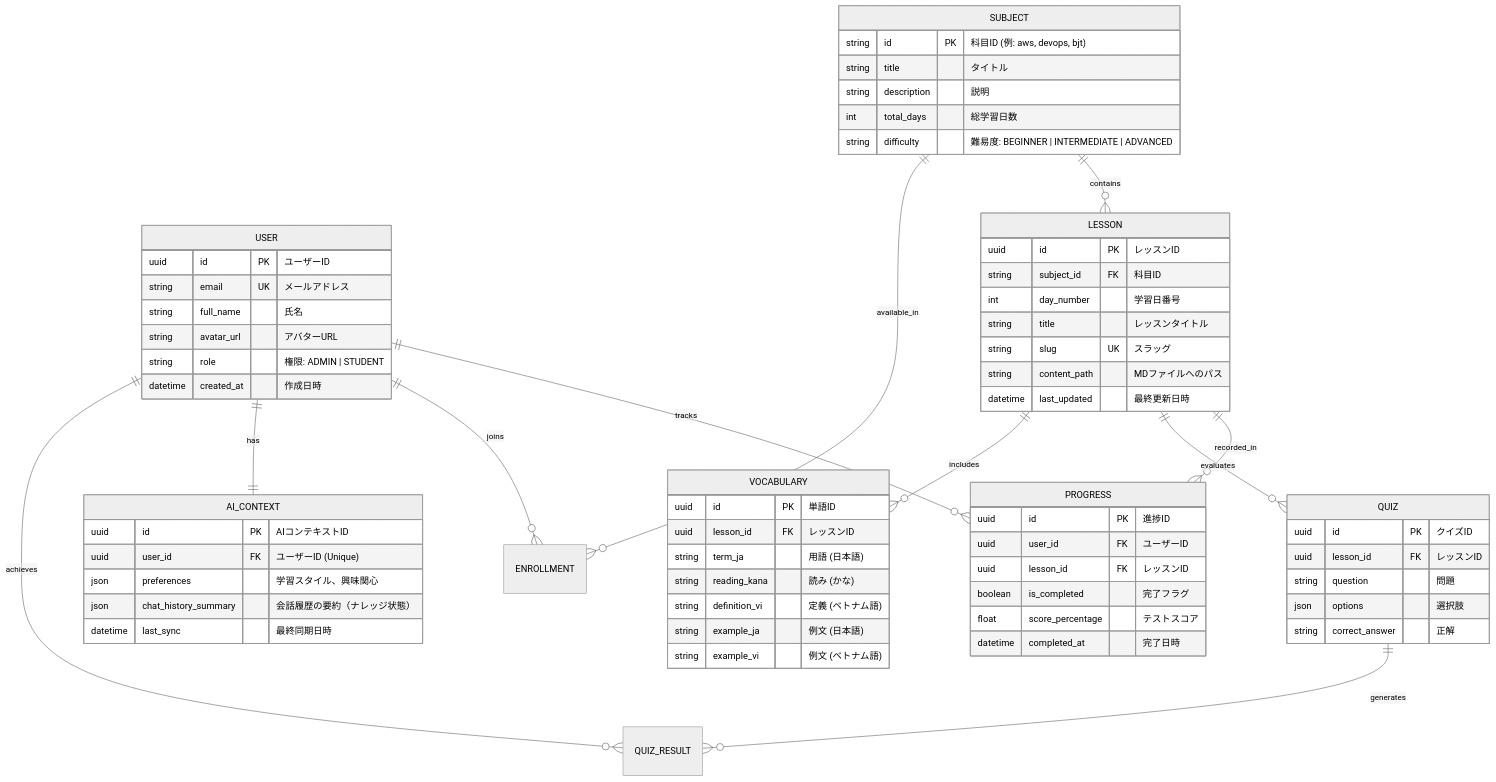
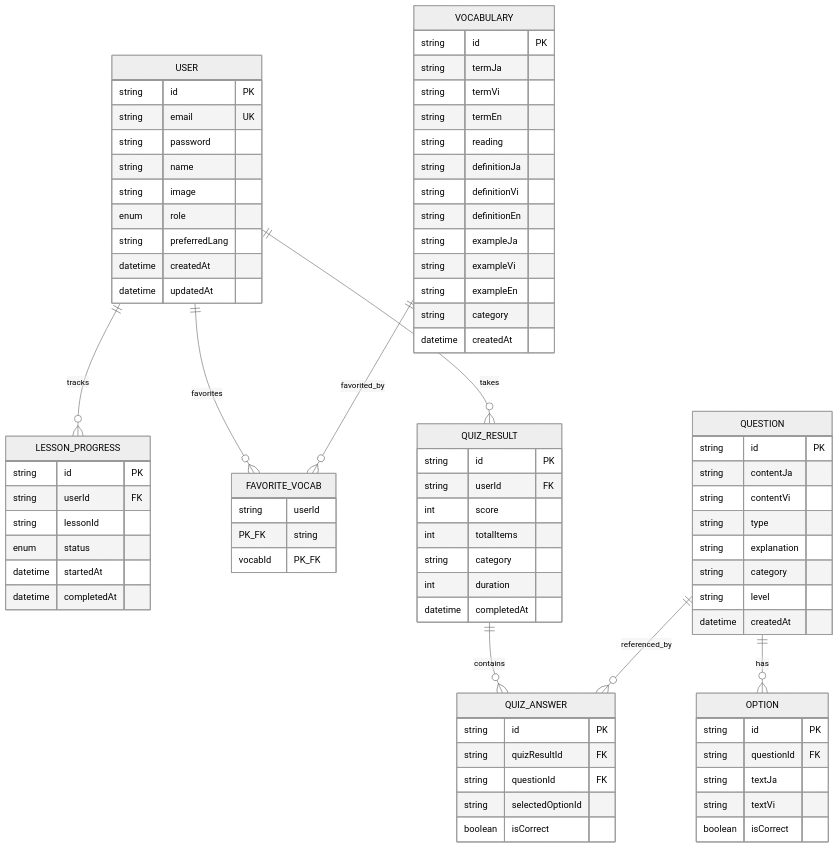
The diagram in docs/design/DATABASE_SCHEMA.md (bakaryuu1997-sys/Sensei-Hub), drawn with Mermaid (neutral theme) before and after one commit. The commit also changed other lines of this file and 54 other files, not shown here.

````diff
--- a/docs/design/DATABASE_SCHEMA.md
+++ b/docs/design/DATABASE_SCHEMA.md
@@ -7,78 +12,89 @@
 ```mermaid
 erDiagram
-    USER ||--o{ PROGRESS : tracks
-    USER ||--o{ ENROLLMENT : joins
-    USER ||--|| AI_CONTEXT : has
-    
-    SUBJECT ||--o{ LESSON : contains
-    SUBJECT ||--o{ ENROLLMENT : available_in
-    
-    LESSON ||--o{ PROGRESS : recorded_in
-    LESSON ||--o{ QUIZ : evaluates
-    LESSON ||--o{ VOCABULARY : includes
-    
-    QUIZ ||--o{ QUIZ_RESULT : generates
-    USER ||--o{ QUIZ_RESULT : achieves
+    USER ||--o{ LESSON_PROGRESS : "tracks"
+    USER ||--o{ FAVORITE_VOCAB : "favorites"
+    USER ||--o{ QUIZ_RESULT : "takes"
+    VOCABULARY ||--o{ FAVORITE_VOCAB : "favorited_by"
+    QUESTION ||--o{ OPTION : "has"
+    QUIZ_RESULT ||--o{ QUIZ_ANSWER : "contains"
+    QUESTION ||--o{ QUIZ_ANSWER : "referenced_by"
 
     USER {
-        uuid id PK "ユーザーID"
-        string email UK "メールアドレス"
-        string full_name "氏名"
-        string avatar_url "アバターURL"
-        string role "権限: ADMIN | STUDENT"
-        datetime created_at "作成日時"
+        string id PK
+        string email UK
+        string password
+        string name
+        string image
+        enum role
+        string preferredLang
+        datetime createdAt
+        datetime updatedAt
     }
 
-    SUBJECT {
-        string id PK "科目ID (例: aws, devops, bjt)"
-        string title "タイトル"
-        string description "説明"
-        int total_days "総学習日数"
-        string difficulty "難易度: BEGINNER | INTERMEDIATE | ADVANCED"
-    }
-
-    LESSON {
-        uuid id PK "レッスンID"
-        string subject_id FK "科目ID"
-        int day_number "学習日番号"
-        string title "レッスンタイトル"
-        string slug UK "スラッグ"
-        string content_path "MDファイルへのパス"
-        datetime last_updated "最終更新日時"
-    }
-
-    PROGRESS {
-        uuid id PK "進捗ID"
-        uuid user_id FK "ユーザーID"
-        uuid lesson_id FK "レッスンID"
-        boolean is_completed "完了フラグ"
-        float score_percentage "テストスコア"
-        datetime completed_at "完了日時"
-    }
-
-    AI_CONTEXT {
-        uuid id PK "AIコンテキストID"
-        uuid user_id FK "ユーザーID (Unique)"
-        json preferences "学習スタイル、興味関心"
-        json chat_history_summary "会話履歴の要約（ナレッジ状態）"
-        datetime last_sync "最終同期日時"
+    LESSON_PROGRESS {
+        string id PK
+        string userId FK
+        string lessonId
+        enum status
+        datetime startedAt
+        datetime completedAt
     }
 
     VOCABULARY {
-        uuid id PK "単語ID"
-        uuid lesson_id FK "レッスンID"
-        string term_ja "用語 (日本語)"
-        string reading_kana "読み (かな)"
-        string definition_vi "定義 (ベトナム語)"
-        string example_ja "例文 (日本語)"
-        string example_vi "例文 (ベトナム語)"
+        string id PK
+        string termJa
+        string termVi
+        string termEn
+        string reading
+        string definitionJa
+        string definitionVi
+        string definitionEn
+        string exampleJa
+        string exampleVi
+        string exampleEn
+        string category
+        datetime createdAt
     }
 
-    QUIZ {
-        uuid id PK "クイズID"
-        uuid lesson_id FK "レッスンID"
-        string question "問題"
-        json options "選択肢"
-        string correct_answer "正解"
+    FAVORITE_VOCAB {
+        string userId PK_FK
+        string vocabId PK_FK
+    }
+
+    QUESTION {
+        string id PK
+        string contentJa
+        string contentVi
+        string type
+        string explanation
+        string category
+        string level
+        datetime createdAt
+    }
+
+    OPTION {
+        string id PK
+        string questionId FK
+        string textJa
+        string textVi
+        boolean isCorrect
+    }
+
+    QUIZ_RESULT {
+        string id PK
+        string userId FK
+        int score
+        int totalItems
+        string category
+        int duration
+        datetime completedAt
+    }
+
+    QUIZ_ANSWER {
+        string id PK
+        string quizResultId FK
+        string questionId FK
+        string selectedOptionId
+        boolean isCorrect
     }
 ```
````
